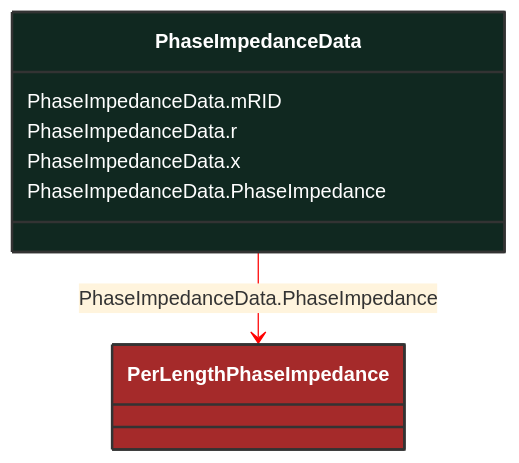
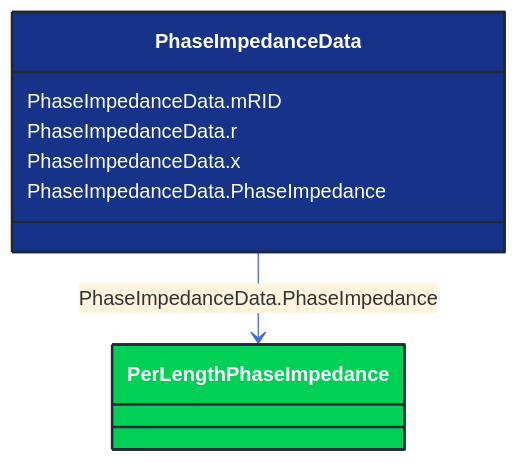
One commit to 3lbits/NoCIMExtensions changed the diagram in docs/Models/Profiles/SubseaCableInfo/ConcreteClasses/PhaseImpedanceData.md. Above: the diagram before and after it, drawn with Mermaid. The commit also changed 362 other files, not shown here.

First line of the commit message:
Update diagrams and styles for improved visual consistency

````diff
--- a/docs/Models/Profiles/SubseaCableInfo/ConcreteClasses/PhaseImpedanceData.md
+++ b/docs/Models/Profiles/SubseaCableInfo/ConcreteClasses/PhaseImpedanceData.md
@@ -8,19 +8,19 @@
 ```mermaid
-%%{init: {'theme':'base','themeVariables': {'lineColor': '#FF0000'}}}%%
+%%{init: {'theme':'base','themeVariables': {'lineColor': '#4169E1'}}}%%
 classDiagram
     class PhaseImpedanceData
     click PhaseImpedanceData href "/Models/Profiles/SubseaCableInfo/ConcreteClasses/PhaseImpedanceData/"
-    style PhaseImpedanceData fill:#102820,stroke:#333,stroke-width:2px,rx:10,ry:10,color:white
+    style PhaseImpedanceData fill:#163289,stroke:#1F2A37,stroke-width:2px,rx:10,ry:10,color:white
 
         PhaseImpedanceData --> PerLengthPhaseImpedance : PhaseImpedanceData.PhaseImpedance
 
         PerLengthPhaseImpedance
             click PerLengthPhaseImpedance href "/Models/Profiles/SubseaCableInfo/ConcreteClasses/PerLengthPhaseImpedance/"
-            style PerLengthPhaseImpedance fill:#A52A2A,stroke:#333,stroke-width:2px,rx:10,ry:10,color:white
+            style PerLengthPhaseImpedance fill:#00D156,stroke:#1F2A37,stroke-width:2px,rx:10,ry:10,color:white
 
 
         PhaseImpedanceData : PhaseImpedanceData.mRID
         PhaseImpedanceData : PhaseImpedanceData.r
         PhaseImpedanceData : PhaseImpedanceData.x
         PhaseImpedanceData : PhaseImpedanceData.PhaseImpedance
 ```
````
